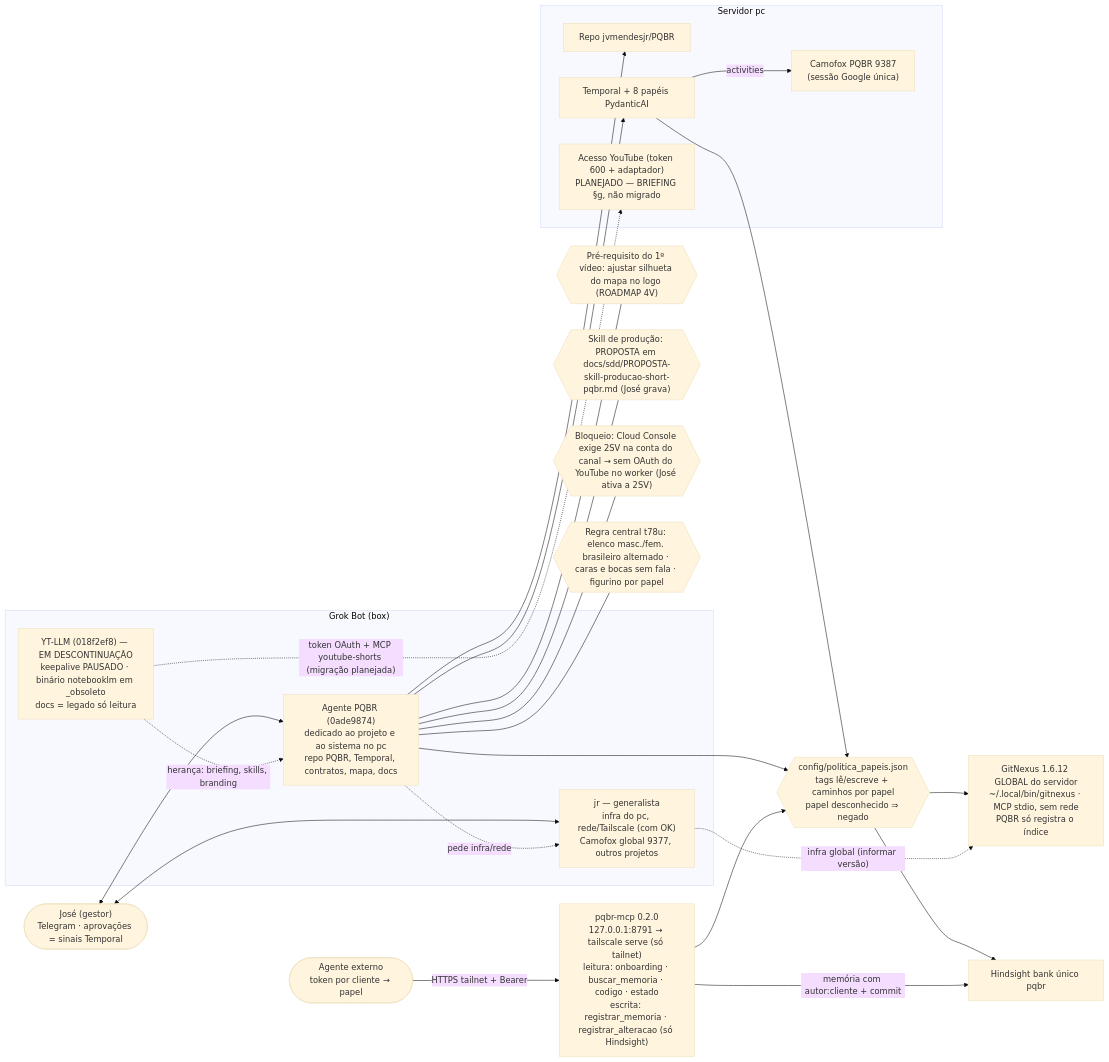
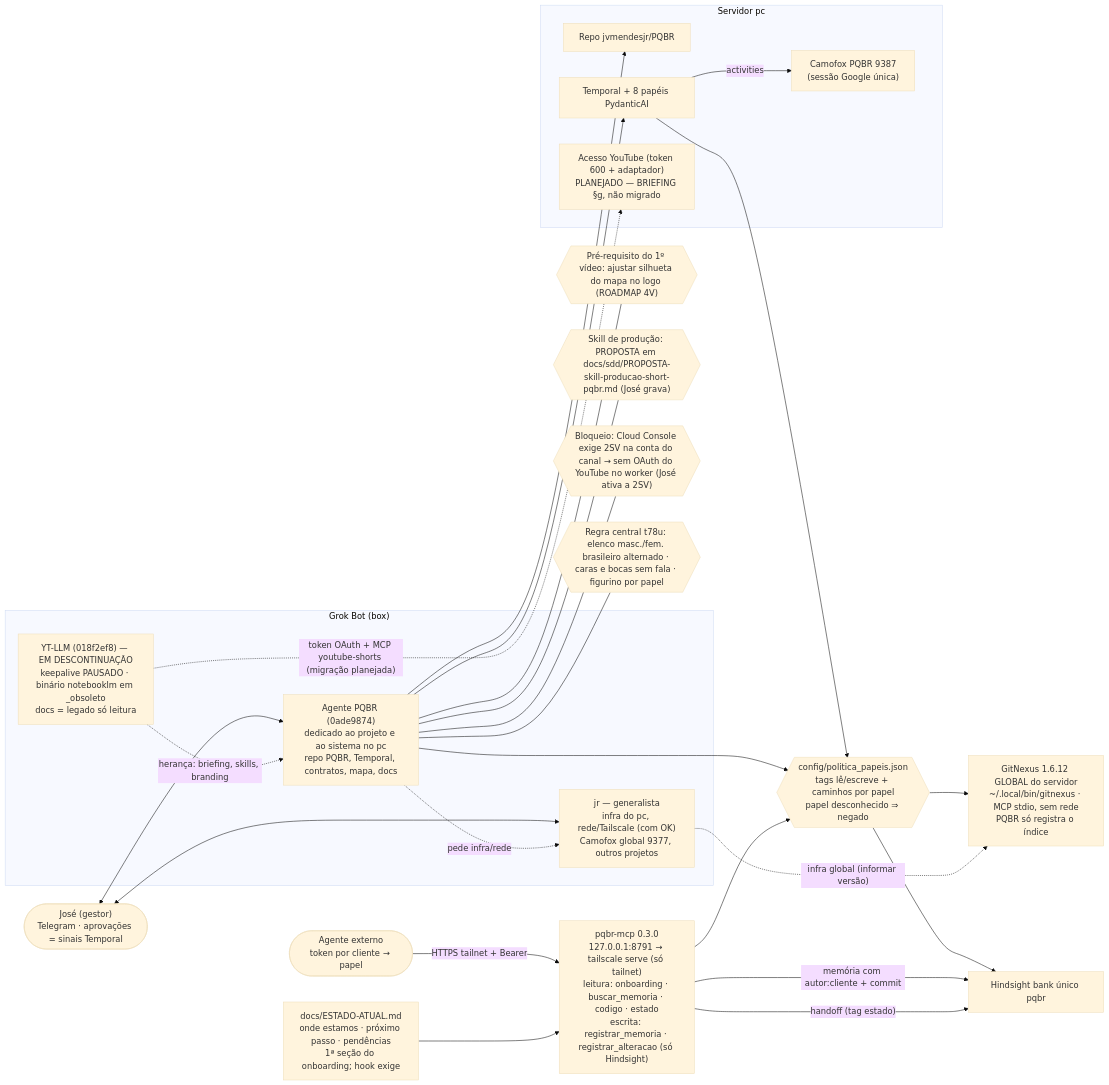
One commit to jvmendesjr/PQBR changed the diagram in docs/mapa/09-agentes-responsabilidades.mmd. Above: the diagram before and after it, drawn with Mermaid (base theme). The commit also changed 19 other files, not shown here.

Commit message:
t98u/t99u: ESTADO-ATUAL fonte única do handoff; hook e registrar_alteracao 1.1.0 exigem atualização; handoff no Hindsight; política 1.3.0; MCP 0.3.0

```diff
--- a/docs/mapa/09-agentes-responsabilidades.mmd
+++ b/docs/mapa/09-agentes-responsabilidades.mmd
@@ -1,43 +1,47 @@
 %% Agentes e responsabilidades (t533–t535, José 24/10/2026). Decisão registrada; não é gerado do código.
 flowchart LR
   J(["José (gestor)<br/>Telegram · aprovações = sinais Temporal"])
   subgraph BOX["Grok Bot (box)"]
     JR["jr — generalista<br/>infra do pc, rede/Tailscale (com OK)<br/>Camofox global 9377, outros projetos"]
     AG["Agente PQBR (0ade9874)<br/>dedicado ao projeto e ao sistema no pc<br/>repo PQBR, Temporal, contratos, mapa, docs"]
     YT["YT-LLM (018f2ef8) — EM DESCONTINUAÇÃO<br/>keepalive PAUSADO · binário notebooklm em _obsoleto<br/>docs = legado só leitura"]
   end
   subgraph PC["Servidor pc"]
     REPO["Repo jvmendesjr/PQBR"]
     TMP["Temporal + 8 papéis PydanticAI"]
     CF["Camofox PQBR 9387<br/>(sessão Google única)"]
     YTA["Acesso YouTube (token 600 + adaptador)<br/>PLANEJADO — BRIEFING §g, não migrado"]
   end
   J <--> AG
   J <--> JR
   AG --> REPO & TMP
   TMP -->|activities| CF
   AG -. "pede infra/rede" .-> JR
   YT -. "herança: briefing, skills, branding" .-> AG
   YT -. "token OAuth + MCP youtube-shorts (migração planejada)" .-> YTA
   P1{{"Pré-requisito do 1º vídeo: ajustar silhueta do mapa no logo (ROADMAP 4V)"}}
   P2{{"Skill de produção: PROPOSTA em docs/sdd/PROPOSTA-skill-producao-short-pqbr.md (José grava)"}}
   AG --- P1 & P2
   %% t73u–t78u (26/10/2026)
   P3{{"Bloqueio: Cloud Console exige 2SV na conta do canal → sem OAuth do YouTube no worker (José ativa a 2SV)"}}
   P4{{"Regra central t78u: elenco masc./fem. brasileiro alternado · caras e bocas sem fala · figurino por papel"}}
   AG --- P3 & P4
   %% t84u–t86u (26/10/2026)
   GNX["GitNexus 1.6.12 GLOBAL do servidor<br/>~/.local/bin/gitnexus · MCP stdio, sem rede<br/>PQBR só registra o índice"]
   HS["Hindsight bank único pqbr"]
   POL{{"config/politica_papeis.json<br/>tags lê/escreve + caminhos por papel<br/>papel desconhecido ⇒ negado"}}
   TMP --> POL
   AG --> POL
   POL --> HS & GNX
   JR -. "infra global (informar versão)" .-> GNX
   %% t89u (26/10/2026)
-  MCP["pqbr-mcp 0.2.0<br/>127.0.0.1:8791 → tailscale serve (só tailnet)<br/>leitura: onboarding · buscar_memoria · codigo · estado<br/>escrita: registrar_memoria · registrar_alteracao (só Hindsight)"]
+  MCP["pqbr-mcp 0.3.0<br/>127.0.0.1:8791 → tailscale serve (só tailnet)<br/>leitura: onboarding · buscar_memoria · codigo · estado<br/>escrita: registrar_memoria · registrar_alteracao (só Hindsight)"]
   EXT(["Agente externo<br/>token por cliente → papel"])
   EXT -->|"HTTPS tailnet + Bearer"| MCP
   MCP --> POL
   %% t95u–t96u (26/10/2026)
   MCP -->|"memória com autor:cliente + commit"| HS
+  %% t98u–t99u (26/10/2026)
+  EST["docs/ESTADO-ATUAL.md<br/>onde estamos · próximo passo · pendências<br/>1ª seção do onboarding; hook exige"]
+  EST --> MCP
+  MCP -->|"handoff (tag estado)"| HS
```
